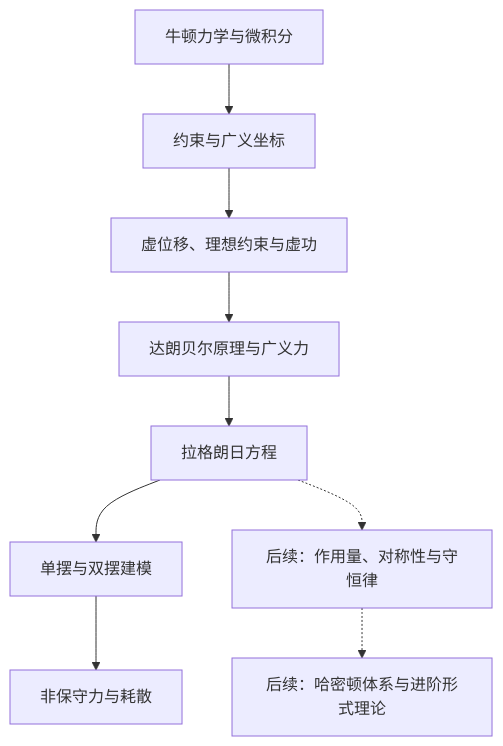
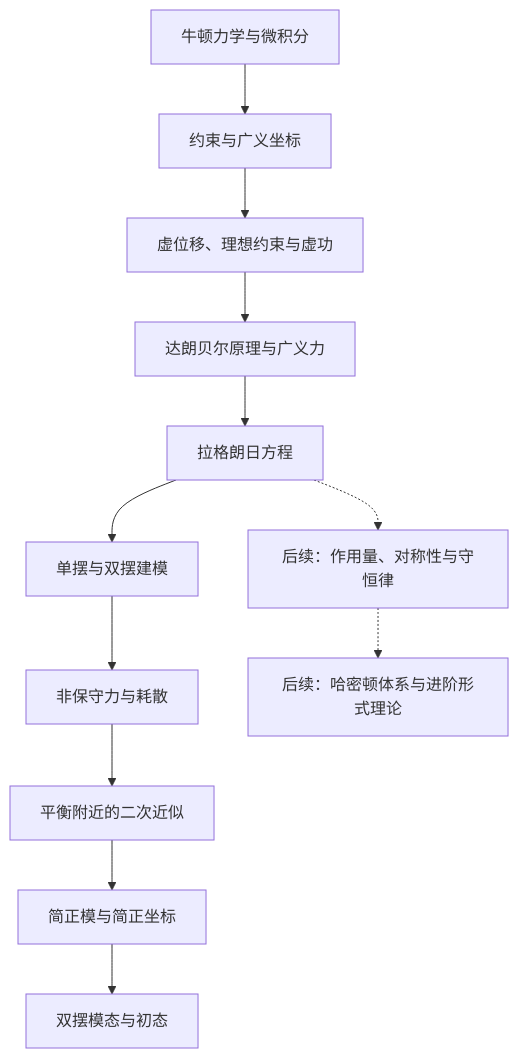
The diagram in docs/mechanics/analytical/index.md (Physics-Learning-Wiki/Physics-Learning-Wiki), drawn with Mermaid before and after one commit. The commit also changed other lines of this file and 17 other files, not shown here.

````diff
--- a/docs/mechanics/analytical/index.md
+++ b/docs/mechanics/analytical/index.md
@@ -43,11 +50,14 @@
 ```mermaid
 flowchart TD
     A["牛顿力学与微积分"] --> B["约束与广义坐标"]
     B --> C["虚位移、理想约束与虚功"]
     C --> D["达朗贝尔原理与广义力"]
     D --> E["拉格朗日方程"]
     E --> F["单摆与双摆建模"]
     F --> G["非保守力与耗散"]
+    G --> J["平衡附近的二次近似"]
+    J --> K["简正模与简正坐标"]
+    K --> L["双摆模态与初态"]
     E -.-> H["后续：作用量、对称性与守恒律"]
     H -.-> I["后续：哈密顿体系与进阶形式理论"]
 ```
````
